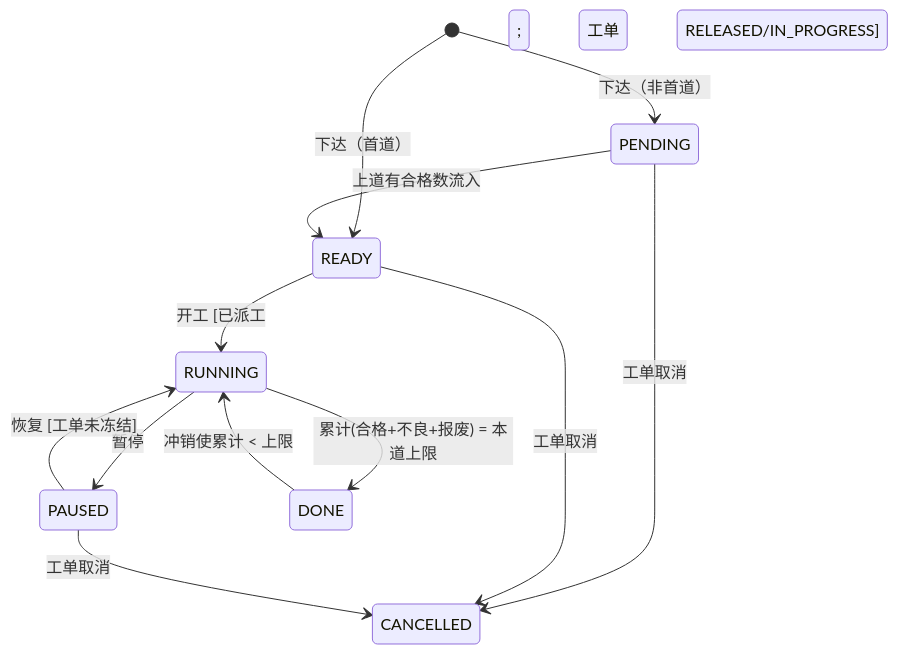
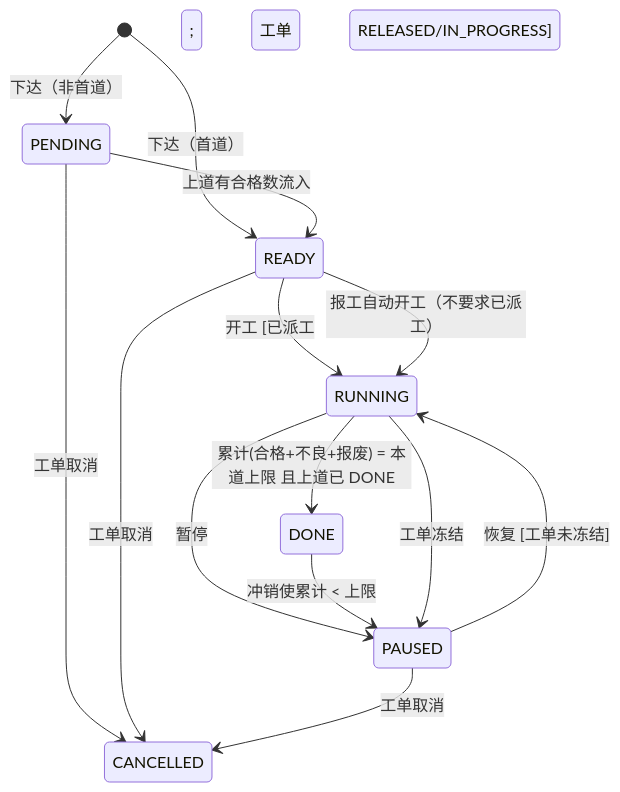
Before and after one commit to Akarin7784/smart-manufacturing-cloud: the diagram in docs/workorder-dispatch-design.md, drawn with Mermaid. The commit also changed other lines of this file and 42 other files, not shown here.

````diff
--- a/docs/workorder-dispatch-design.md
+++ b/docs/workorder-dispatch-design.md
@@ -31,14 +31,16 @@
 ```mermaid
 stateDiagram-v2
   [*] --> PENDING: 下达（非首道）
   [*] --> READY: 下达（首道）
   PENDING --> READY: 上道有合格数流入
   READY --> RUNNING: 开工 [已派工; 工单 RELEASED/IN_PROGRESS]
   RUNNING --> PAUSED: 暂停
   PAUSED --> RUNNING: 恢复 [工单未冻结]
-  RUNNING --> DONE: 累计(合格+不良+报废) = 本道上限
-  DONE --> RUNNING: 冲销使累计 < 上限
+  READY --> RUNNING: 报工自动开工（不要求已派工）
+  RUNNING --> DONE: 累计(合格+不良+报废) = 本道上限 且上道已 DONE
+  DONE --> PAUSED: 冲销使累计 < 上限
+  RUNNING --> PAUSED: 工单冻结
   PENDING --> CANCELLED: 工单取消
   READY --> CANCELLED: 工单取消
   PAUSED --> CANCELLED: 工单取消
 ```
````
